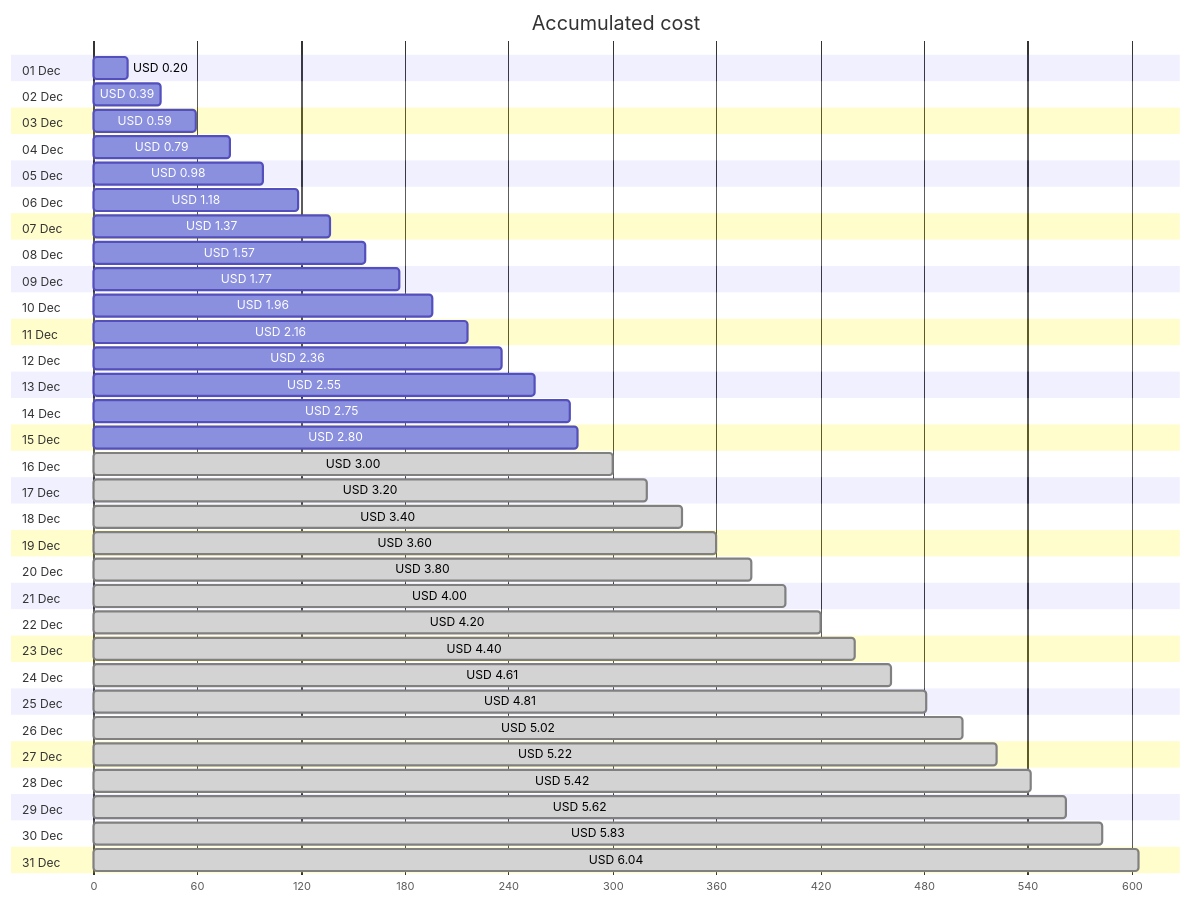
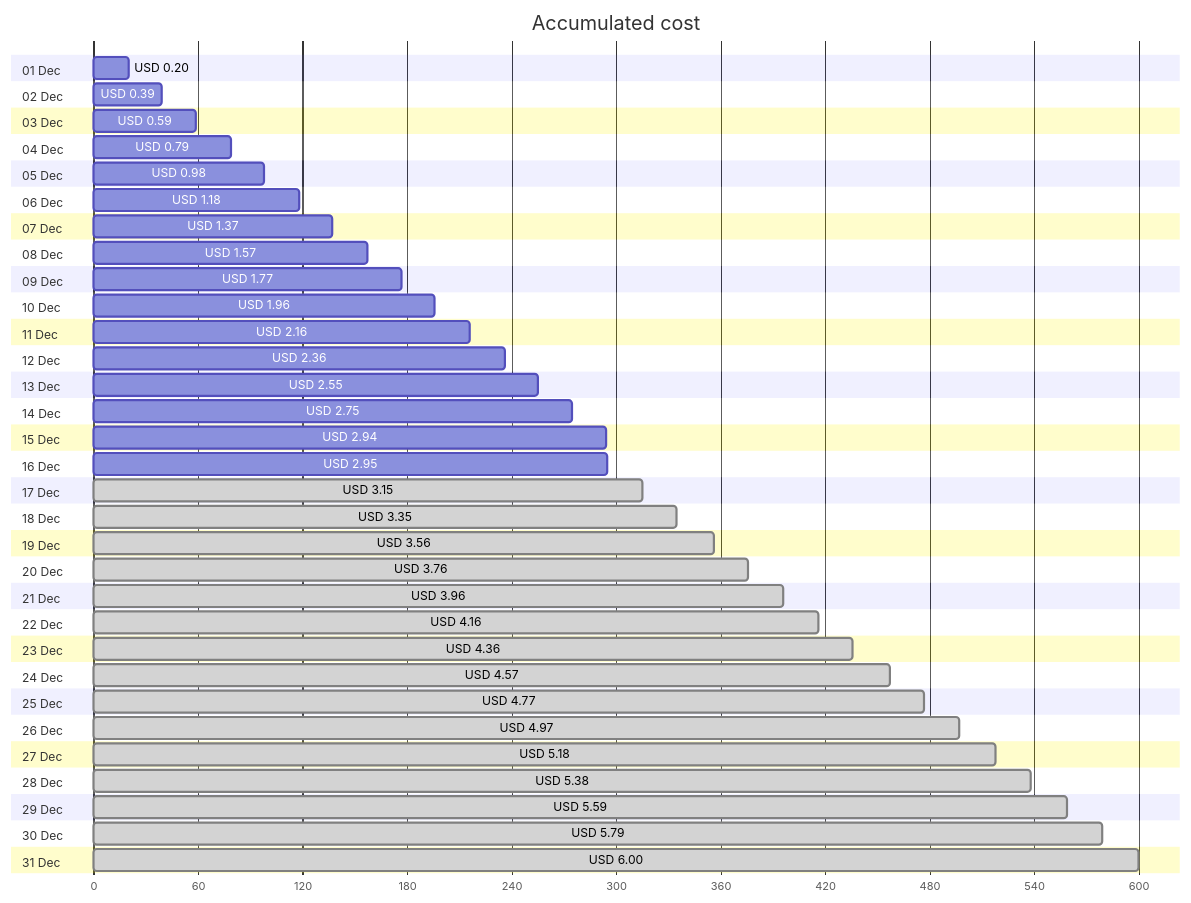
Before and after one commit to jpfulton/azure-personal-reports: the first of 4 diagrams in cost-reports/personal-network/backup-server.md, drawn with Mermaid. The commit also changed other lines of this file and 8 other files, not shown here.

````diff
--- a/cost-reports/personal-network/backup-server.md
+++ b/cost-reports/personal-network/backup-server.md
@@ -20,68 +20,68 @@
 ```mermaid
 gantt
    title Accumulated cost
    dateFormat  X
    axisFormat %s
    section 01 Dec
    USD 0.20 :0, 20
    section 02 Dec
    USD 0.39 :0, 39
    section 03 Dec
    USD 0.59 :0, 59
    section 04 Dec
    USD 0.79 :0, 79
    section 05 Dec
    USD 0.98 :0, 98
    section 06 Dec
    USD 1.18 :0, 118
    section 07 Dec
    USD 1.37 :0, 137
    section 08 Dec
    USD 1.57 :0, 157
    section 09 Dec
    USD 1.77 :0, 177
    section 10 Dec
    USD 1.96 :0, 196
    section 11 Dec
    USD 2.16 :0, 216
    section 12 Dec
    USD 2.36 :0, 236
    section 13 Dec
    USD 2.55 :0, 255
    section 14 Dec
    USD 2.75 :0, 275
    section 15 Dec
-   USD 2.80 :0, 280
+   USD 2.94 :0, 294
    section 16 Dec
-   USD 3.00 : done, 0, 300
+   USD 2.95 :0, 295
    section 17 Dec
-   USD 3.20 : done, 0, 320
+   USD 3.15 : done, 0, 315
    section 18 Dec
-   USD 3.40 : done, 0, 340
+   USD 3.35 : done, 0, 335
    section 19 Dec
-   USD 3.60 : done, 0, 360
+   USD 3.56 : done, 0, 356
    section 20 Dec
-   USD 3.80 : done, 0, 380
+   USD 3.76 : done, 0, 376
    section 21 Dec
-   USD 4.00 : done, 0, 400
+   USD 3.96 : done, 0, 396
    section 22 Dec
-   USD 4.20 : done, 0, 420
+   USD 4.16 : done, 0, 416
    section 23 Dec
-   USD 4.40 : done, 0, 440
+   USD 4.36 : done, 0, 436
    section 24 Dec
-   USD 4.61 : done, 0, 461
+   USD 4.57 : done, 0, 457
    section 25 Dec
-   USD 4.81 : done, 0, 481
+   USD 4.77 : done, 0, 477
    section 26 Dec
-   USD 5.02 : done, 0, 502
+   USD 4.97 : done, 0, 497
    section 27 Dec
-   USD 5.22 : done, 0, 522
+   USD 5.18 : done, 0, 518
    section 28 Dec
-   USD 5.42 : done, 0, 542
+   USD 5.38 : done, 0, 538
    section 29 Dec
-   USD 5.62 : done, 0, 562
+   USD 5.59 : done, 0, 559
    section 30 Dec
-   USD 5.83 : done, 0, 583
+   USD 5.79 : done, 0, 579
    section 31 Dec
-   USD 6.04 : done, 0, 604
+   USD 6.00 : done, 0, 600
 ```
````
